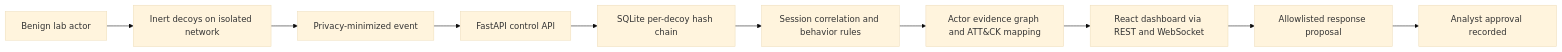
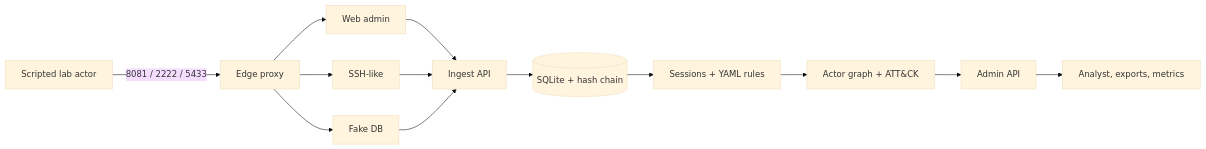
One commit to nihalmachhi/GhostNet changed the diagram in README.md. Above: the diagram before and after it, drawn with Mermaid (base theme). The commit also changed other lines of this file and 20 other files, not shown here.

````diff
--- a/README.md
+++ b/README.md
@@ -55,12 +61,15 @@
 ```mermaid
 flowchart LR
-  A[Benign lab actor] --> B[Inert decoys on isolated network]
-  B --> C[Privacy-minimized event]
-  C --> D[FastAPI control API]
-  D --> E[SQLite per-decoy hash chain]
-  E --> F[Session correlation and behavior rules]
-  F --> G[Actor evidence graph and ATT&CK mapping]
-  G --> H[React dashboard via REST and WebSocket]
-  H --> I[Allowlisted response proposal]
-  I --> J[Analyst approval recorded]
+  A[Scripted lab actor] -->|8081 / 2222 / 5433| E[Edge proxy]
+  E --> W[Web admin]
+  E --> S[SSH-like]
+  E --> D[Fake DB]
+  W --> I[Ingest API]
+  S --> I
+  D --> I
+  I --> DB[(SQLite + hash chain)]
+  DB --> P[Sessions + YAML rules]
+  P --> G[Actor graph + ATT&CK]
+  G --> AD[Admin API]
+  AD --> X[Analyst, exports, metrics]
 ```
````
